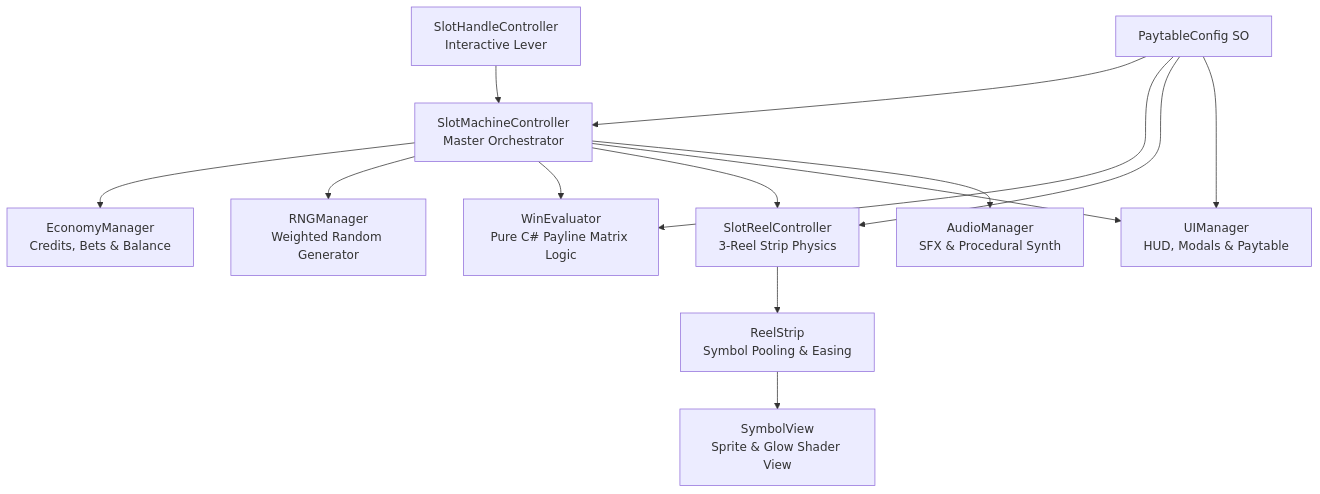
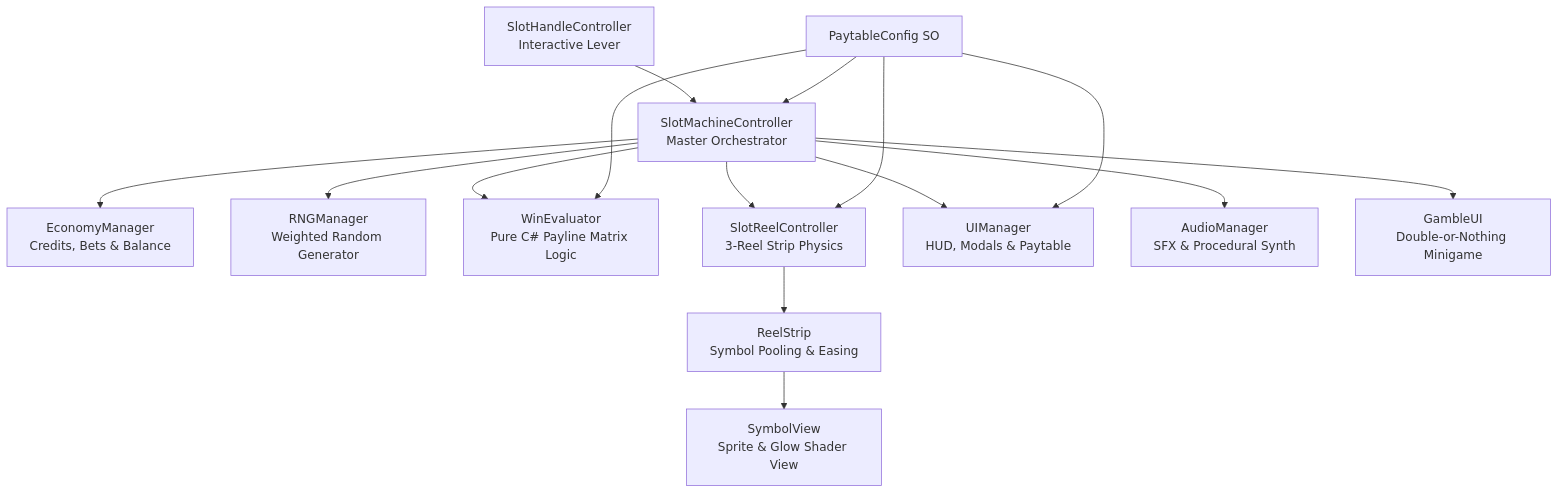
Before and after one commit to Sub0dh23/Underpin-Services-Unity-Slot-Game-Assignment: the first of 2 diagrams in README.md, drawn with Mermaid. The commit also changed other lines of this file and 18 other files, not shown here.

````diff
--- a/README.md
+++ b/README.md
@@ -171,16 +180,17 @@
 ```mermaid
 graph TD
     A[SlotMachineController<br/>Master Orchestrator] --> B[EconomyManager<br/>Credits, Bets & Balance]
     A --> C[RNGManager<br/>Weighted Random Generator]
     A --> D[WinEvaluator<br/>Pure C# Payline Matrix Logic]
     A --> E[SlotReelController<br/>3-Reel Strip Physics]
     A --> F[UIManager<br/>HUD, Modals & Paytable]
     A --> G[AudioManager<br/>SFX & Procedural Synth]
+    A --> L[GambleUI<br/>Double-or-Nothing Minigame]
     H[SlotHandleController<br/>Interactive Lever] --> A
     E --> I[ReelStrip<br/>Symbol Pooling & Easing]
     I --> J[SymbolView<br/>Sprite & Glow Shader View]
     K[PaytableConfig SO] --> A
     K --> D
     K --> E
     K --> F
 ```
````
